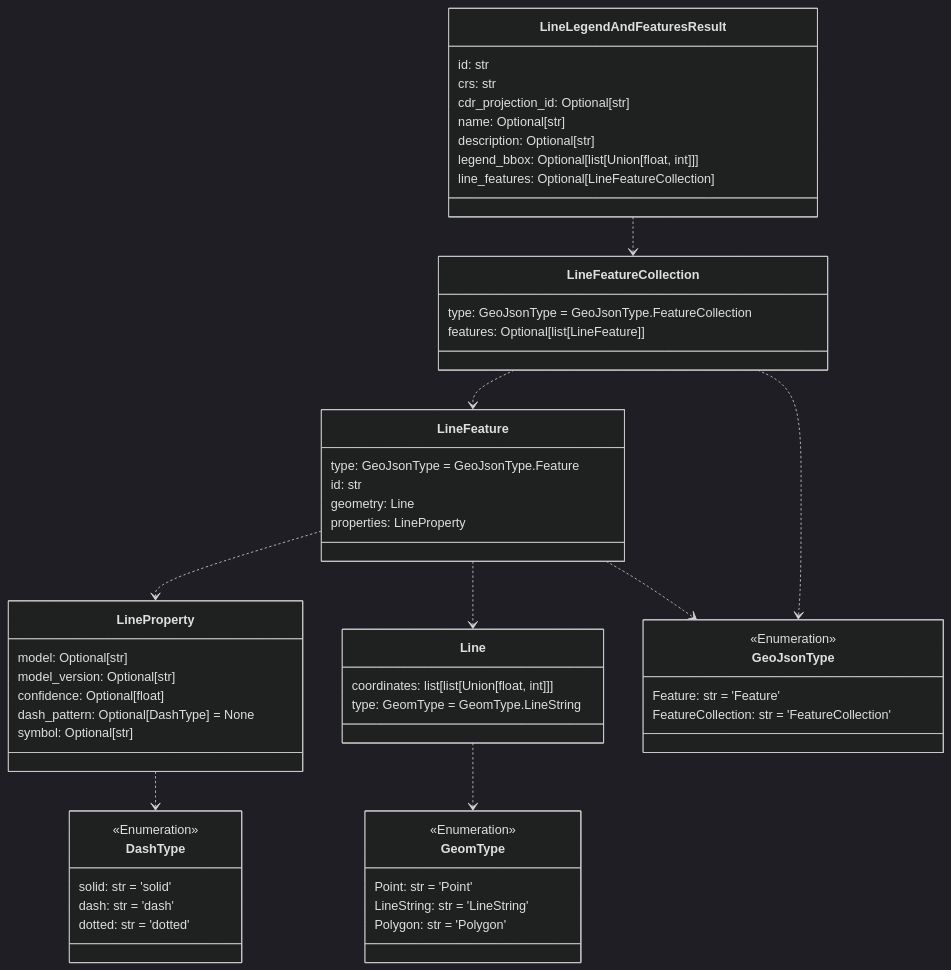
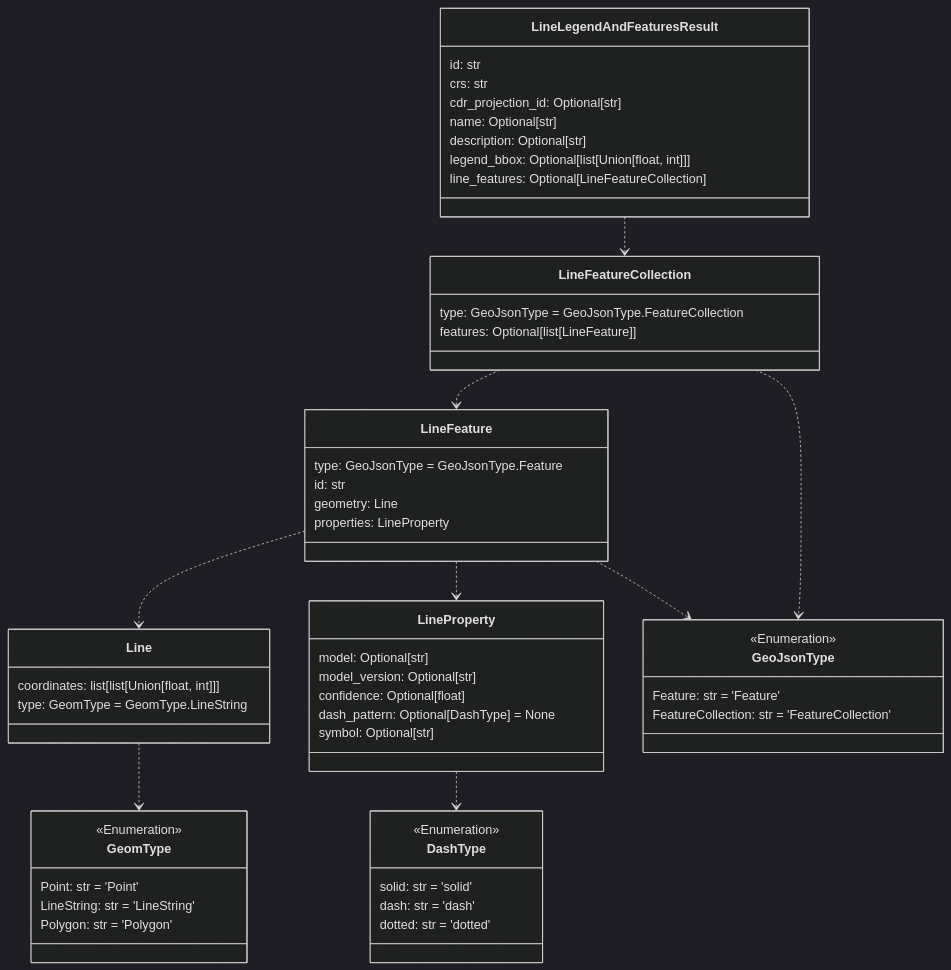
One commit to DARPA-CRITICALMAAS/cdr_schemas changed the sixth of 12 diagrams in README.md. Above: the diagram before and after it, drawn with Mermaid (dark theme). The commit also changed other lines of this file and 1 other file, not shown here.

````diff
--- a/README.md
+++ b/README.md
@@ -402,69 +402,69 @@
 ```mermaid
 classDiagram
 
-    class LineFeatureCollection {
-        type: GeoJsonType = GeoJsonType.FeatureCollection
-        features: Optional[list[LineFeature]]
-    }
-
-    class Line {
-        coordinates: list[list[Union[float, int]]]
-        type: GeomType = GeomType.LineString
+    class GeoJsonType {
+        <<Enumeration>>
+        Feature: str = 'Feature'
+        FeatureCollection: str = 'FeatureCollection'
     }
 
     class DashType {
         <<Enumeration>>
         solid: str = 'solid'
         dash: str = 'dash'
         dotted: str = 'dotted'
     }
 
-    class GeomType {
-        <<Enumeration>>
-        Point: str = 'Point'
-        LineString: str = 'LineString'
-        Polygon: str = 'Polygon'
+    class Line {
+        coordinates: list[list[Union[float, int]]]
+        type: GeomType = GeomType.LineString
+    }
+
+    class LineProperty {
+        model: Optional[str]
+        model_version: Optional[str]
+        confidence: Optional[float]
+        dash_pattern: Optional[DashType] = None
+        symbol: Optional[str]
     }
 
     class LineFeature {
         type: GeoJsonType = GeoJsonType.Feature
         id: str
         geometry: Line
         properties: LineProperty
     }
 
     class LineLegendAndFeaturesResult {
         id: str
         crs: str
         cdr_projection_id: Optional[str]
         name: Optional[str]
         description: Optional[str]
         legend_bbox: Optional[list[Union[float, int]]]
         line_features: Optional[LineFeatureCollection]
     }
 
-    class LineProperty {
-        model: Optional[str]
-        model_version: Optional[str]
-        confidence: Optional[float]
-        dash_pattern: Optional[DashType] = None
-        symbol: Optional[str]
+    class GeomType {
+        <<Enumeration>>
+        Point: str = 'Point'
+        LineString: str = 'LineString'
+        Polygon: str = 'Polygon'
     }
 
-    class GeoJsonType {
-        <<Enumeration>>
-        Feature: str = 'Feature'
-        FeatureCollection: str = 'FeatureCollection'
+    class LineFeatureCollection {
+        type: GeoJsonType = GeoJsonType.FeatureCollection
+        features: Optional[list[LineFeature]]
     }
 
     Line ..> GeomType
     LineProperty ..> DashType
+    LineFeature ..> Line
     LineFeature ..> LineProperty
-    LineFeature ..> Line
     LineFeature ..> GeoJsonType
     LineFeatureCollection ..> LineFeature
     LineFeatureCollection ..> GeoJsonType
     LineLegendAndFeaturesResult ..> LineFeatureCollection
 
 
 ```
````
